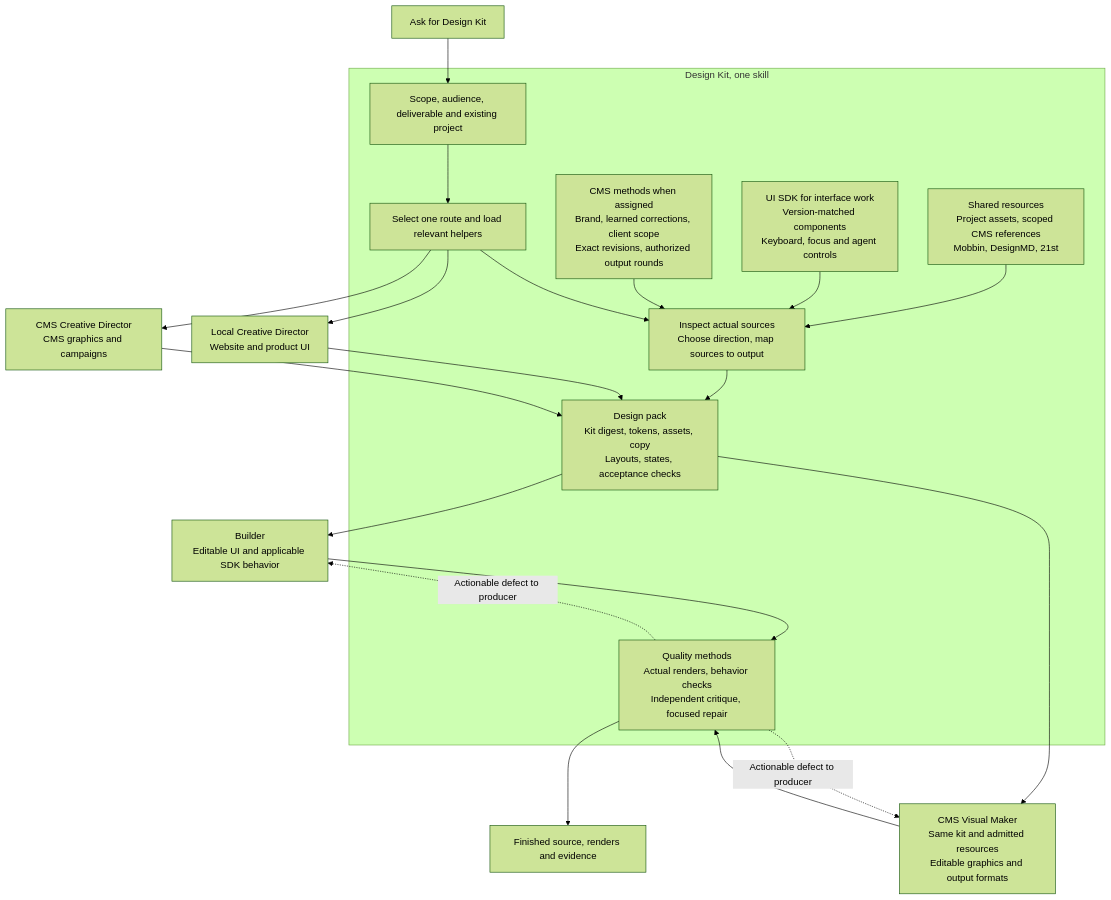
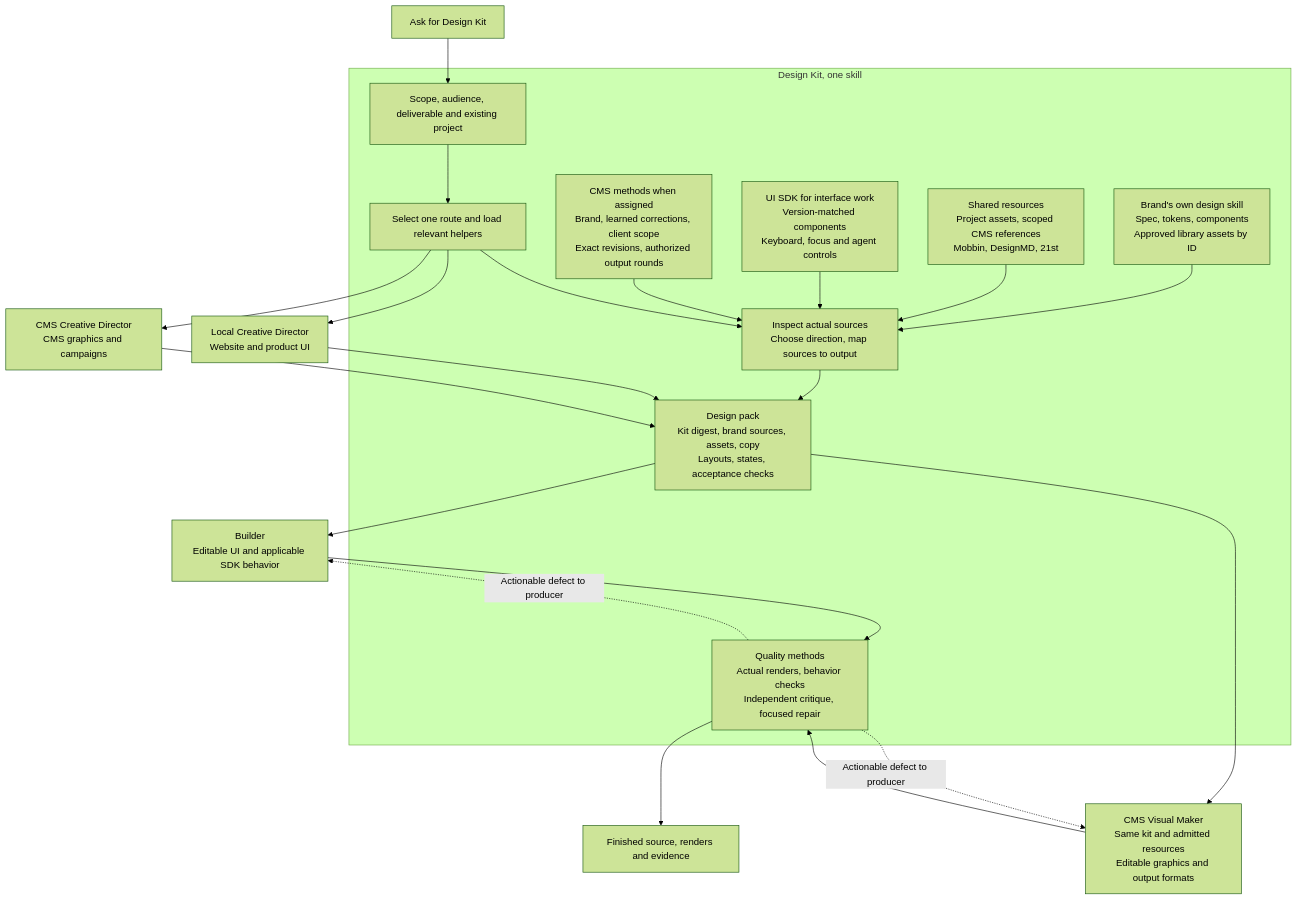
One commit to ragnos-labs/skill-index changed the diagram in skills/design-kit/references/workflow.md. Above: the diagram before and after it, drawn with Mermaid (forest theme). The commit also changed 12 other files, not shown here.

First line of the commit message:
design-kit: resolve the brand's own design skill and check the design pack (#24)

````diff
--- a/skills/design-kit/references/workflow.md
+++ b/skills/design-kit/references/workflow.md
@@ -5,24 +5,25 @@
 ```mermaid
 flowchart TD
   U["Ask for Design Kit"] --> S
   subgraph KIT["Design Kit, one skill"]
     S["Scope, audience, deliverable and existing project"] --> R["Select one route and load relevant helpers"]
+    BR["Brand's own design skill<br/>Spec, tokens, components<br/>Approved library assets by ID"] --> M
     RES["Shared resources<br/>Project assets, scoped CMS references<br/>Mobbin, DesignMD, 21st"] --> M["Inspect actual sources<br/>Choose direction, map sources to output"]
     SDK["UI SDK for interface work<br/>Version-matched components<br/>Keyboard, focus and agent controls"] --> M
     CMS["CMS methods when assigned<br/>Brand, learned corrections, client scope<br/>Exact revisions, authorized output rounds"] --> M
-    M --> P["Design pack<br/>Kit digest, tokens, assets, copy<br/>Layouts, states, acceptance checks"]
+    M --> P["Design pack<br/>Kit digest, brand sources, assets, copy<br/>Layouts, states, acceptance checks"]
     Q["Quality methods<br/>Actual renders, behavior checks<br/>Independent critique, focused repair"]
     R --> M
   end
   R --> L["Local Creative Director<br/>Website and product UI"]
   R --> C["CMS Creative Director<br/>CMS graphics and campaigns"]
   L --> P
   C --> P
   P --> B["Builder<br/>Editable UI and applicable SDK behavior"]
   P --> V["CMS Visual Maker<br/>Same kit and admitted resources<br/>Editable graphics and output formats"]
   B --> Q
   V --> Q
   Q --> F["Finished source, renders and evidence"]
   Q -. "Actionable defect to producer" .-> B
   Q -. "Actionable defect to producer" .-> V
 ```
````
